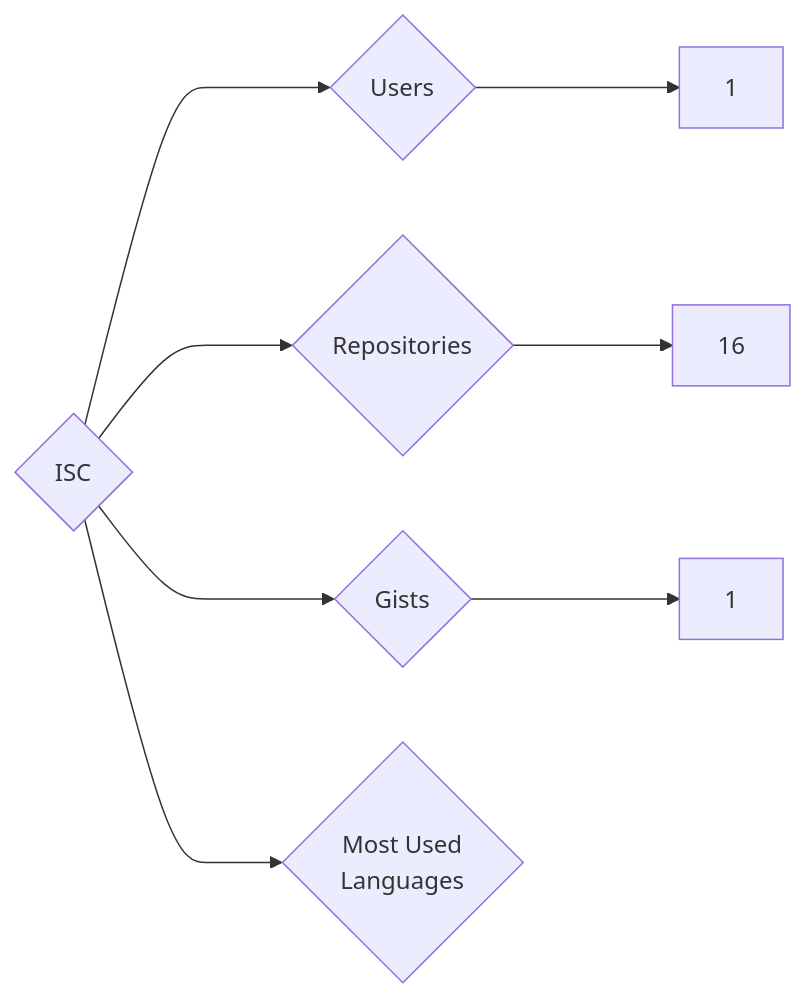
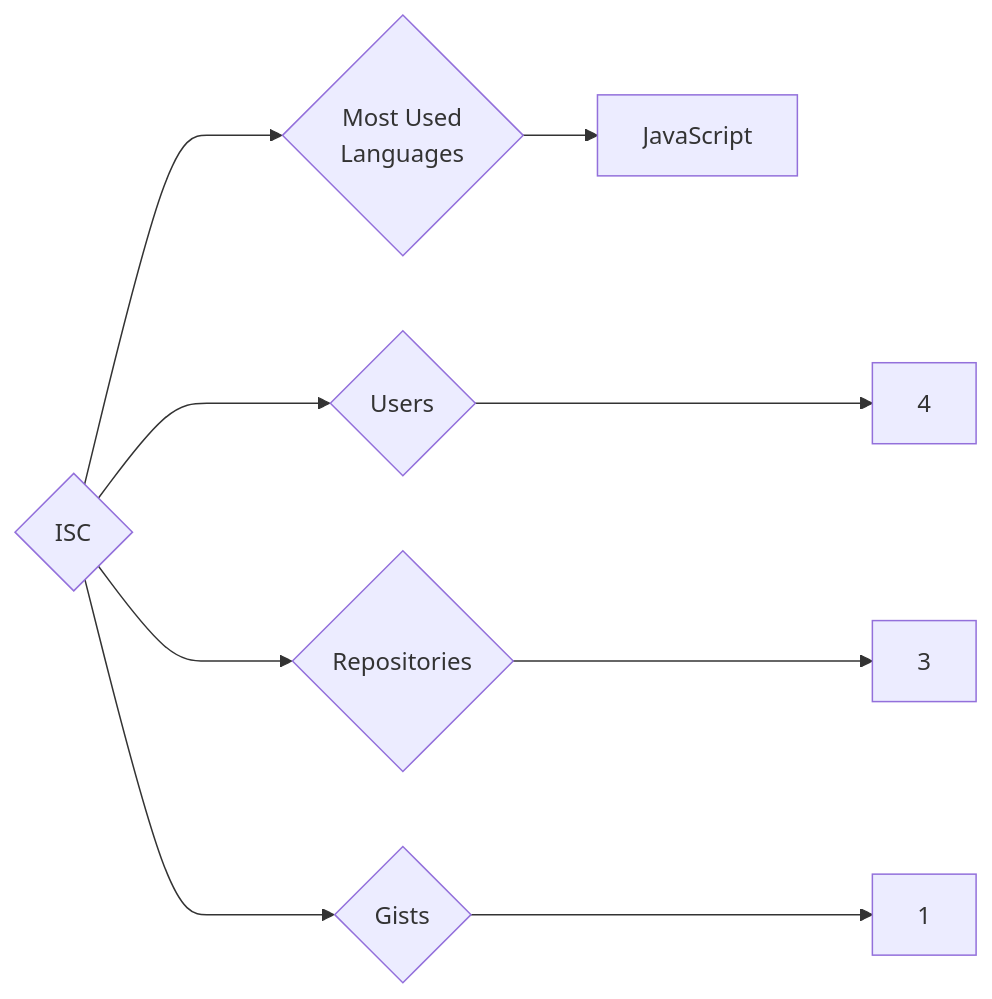
One commit to trickest/insiders changed the diagram in targets/ISC/README.md. Above: the diagram before and after it, drawn with Mermaid. The commit also changed 932 other files, not shown here.

````diff
--- a/targets/ISC/README.md
+++ b/targets/ISC/README.md
@@ -3,8 +3,9 @@
 ```mermaid
 graph LR
 COMPANY_NAME{ISC}
-COMPANY_NAME ---> U{Users} ---> UN[1]
-COMPANY_NAME ---> R{Repositories} ---> RN[16]
+COMPANY_NAME ---> U{Users} ---> UN[4]
+COMPANY_NAME ---> R{Repositories} ---> RN[3]
 COMPANY_NAME ---> G{Gists} ---> GN[1]
 COMPANY_NAME ---> ML{Most Used<br>Languages}
+ML --> JavaScript[JavaScript]
 ```
````
